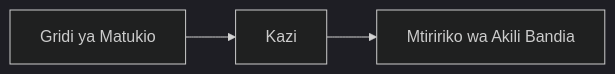
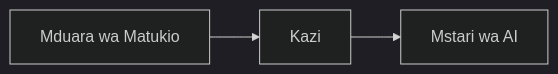
The second of 2 diagrams in translations/sw/docs/chapter-08-production/README.md (microsoft/AZD-for-beginners), drawn with Mermaid (dark theme) before and after one commit. The commit also changed other lines of this file and 61 other files, not shown here.

````diff
--- a/translations/sw/docs/chapter-08-production/README.md
+++ b/translations/sw/docs/chapter-08-production/README.md
@@ -57,4 +57,4 @@
 ```mermaid
 graph LR
-    EventGrid[Gridi ya Matukio] --> Functions[Kazi] --> Pipeline[Mtiririko wa Akili Bandia]
+    EventGrid[Mduara wa Matukio] --> Functions[Kazi] --> Pipeline[Mstari wa AI]
 ```
````
